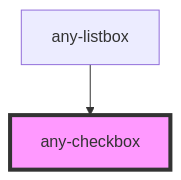
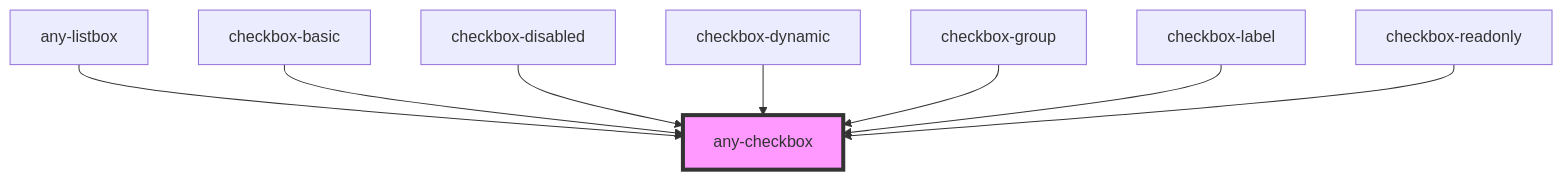
The diagram in packages/core/src/components/checkbox/readme.md (adaleks/anywhere-ui), drawn with Mermaid before and after one commit. The commit also changed other lines of this file and 116 other files, not shown here.

````diff
--- a/packages/core/src/components/checkbox/readme.md
+++ b/packages/core/src/components/checkbox/readme.md
@@ -56,5 +90,11 @@
 ```mermaid
 graph TD;
   any-listbox --> any-checkbox
+  checkbox-basic --> any-checkbox
+  checkbox-disabled --> any-checkbox
+  checkbox-dynamic --> any-checkbox
+  checkbox-group --> any-checkbox
+  checkbox-label --> any-checkbox
+  checkbox-readonly --> any-checkbox
   style any-checkbox fill:#f9f,stroke:#333,stroke-width:4px
 ```
````
